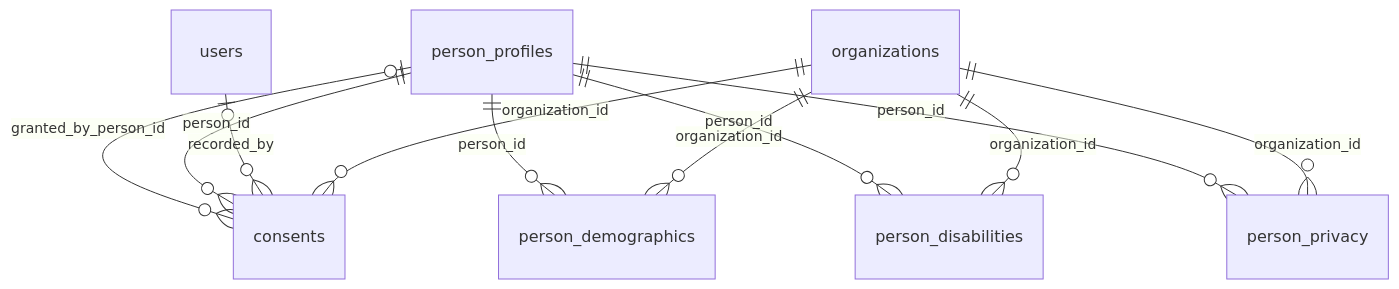
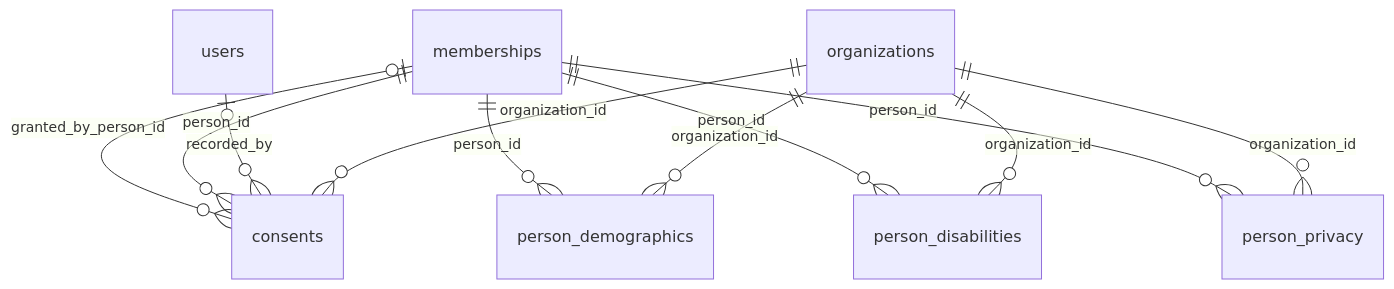
Before and after one commit to chenson42/presby: the eighth of 9 diagrams in docs/schema-design.md, drawn with Mermaid. The commit also changed other lines of this file and 13 other files, not shown here.

First line of the commit message:
refactor(schema): link person data directly to people, add memberships

````diff
--- a/docs/schema-design.md
+++ b/docs/schema-design.md
@@ -216,13 +212,13 @@
 ```mermaid
 erDiagram
   organizations ||--o{ consents : "organization_id"
   users |o--o{ consents : "recorded_by"
-  person_profiles ||--o{ consents : "person_id"
-  person_profiles |o--o{ consents : "granted_by_person_id"
+  memberships ||--o{ consents : "person_id"
+  memberships |o--o{ consents : "granted_by_person_id"
   organizations ||--o{ person_demographics : "organization_id"
-  person_profiles ||--o{ person_demographics : "person_id"
+  memberships ||--o{ person_demographics : "person_id"
   organizations ||--o{ person_disabilities : "organization_id"
-  person_profiles ||--o{ person_disabilities : "person_id"
+  memberships ||--o{ person_disabilities : "person_id"
   organizations ||--o{ person_privacy : "organization_id"
-  person_profiles ||--o{ person_privacy : "person_id"
+  memberships ||--o{ person_privacy : "person_id"
 ```
````
